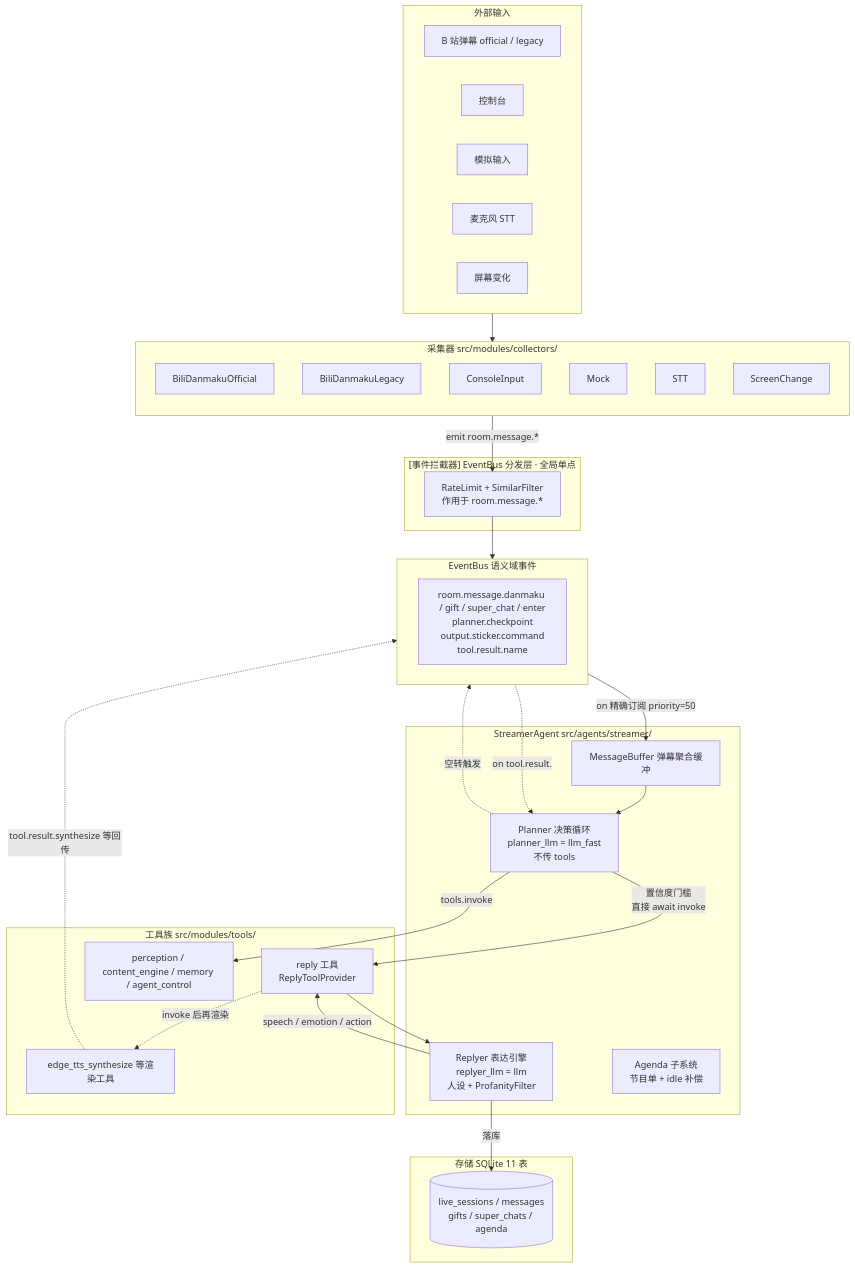
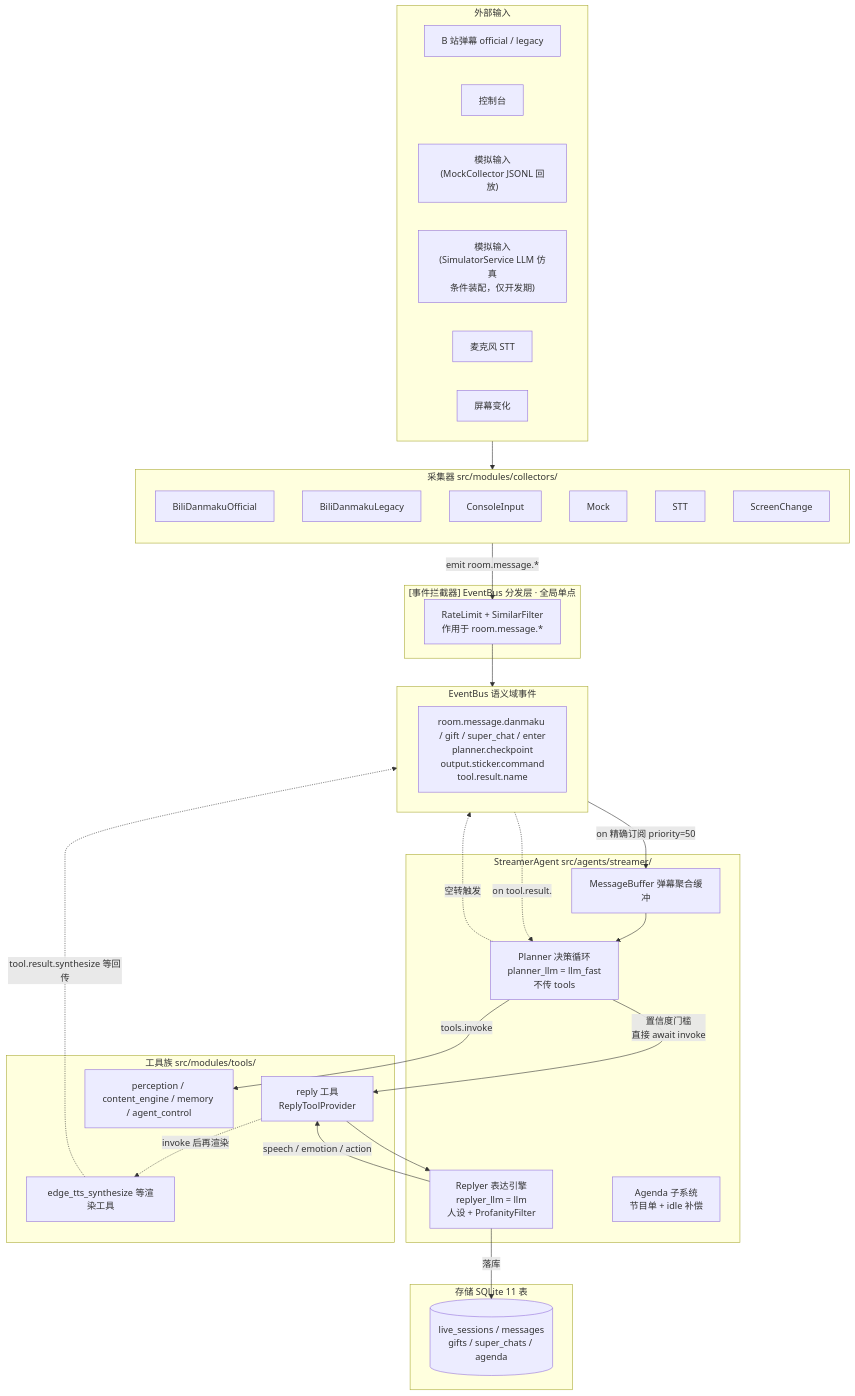
Before and after one commit to Mai-with-u/Amaidesu: the diagram in docs/architecture/data-flow.md, drawn with Mermaid. The commit also changed other lines of this file and 15 other files, not shown here.

````diff
--- a/docs/architecture/data-flow.md
+++ b/docs/architecture/data-flow.md
@@ -23,60 +23,61 @@
 ```mermaid
 flowchart TB
     subgraph Ext["外部输入"]
         Bili["B 站弹幕 official / legacy"]
         Cons["控制台"]
-        Mock["模拟输入"]
+        Mock["模拟输入<br/>(MockCollector JSONL 回放)"]
+        Sim["模拟输入<br/>(SimulatorService LLM 仿真<br/>条件装配，仅开发期)"]
         Mic["麦克风 STT"]
         Screen["屏幕变化"]
     end
 
     subgraph Collectors["采集器 src/modules/collectors/"]
         direction TB
         C1["BiliDanmakuOfficial"]
         C2["BiliDanmakuLegacy"]
         C3["ConsoleInput"]
         C4["Mock"]
         C5["STT"]
         C6["ScreenChange"]
     end
 
     subgraph Interceptors["[事件拦截器] EventBus 分发层 · 全局单点"]
         IC["RateLimit + SimilarFilter<br/>作用于 room.message.*"]
     end
 
     subgraph Bus["EventBus 语义域事件"]
         EB["room.message.danmaku / gift / super_chat / enter<br/>planner.checkpoint<br/>output.sticker.command<br/>tool.result.name"]
     end
 
     subgraph StreamerAgent["StreamerAgent src/agents/streamer/"]
         MB["MessageBuffer 弹幕聚合缓冲"]
         Planner["Planner 决策循环<br/>planner_llm = llm_fast<br/>不传 tools"]
         Reply["Replyer 表达引擎<br/>replyer_llm = llm<br/>人设 + ProfanityFilter"]
         Agenda["Agenda 子系统<br/>节目单 + idle 补偿"]
     end
 
     subgraph Tools["工具族 src/modules/tools/"]
         RT["reply 工具<br/>ReplyToolProvider"]
         TTS["edge_tts_synthesize 等渲染工具"]
         Other["perception / content_engine / memory / agent_control"]
     end
 
     subgraph Storage["存储 SQLite 11 表"]
         DB[("live_sessions / messages<br/>gifts / super_chats / agenda")]
     end
 
     Ext --> Collectors
     Collectors -->|emit room.message.*| IC
     IC --> Bus
     Bus -->|on 精确订阅 priority=50| MB
     MB --> Planner
     Planner -->|置信度门槛<br/>直接 await invoke| RT
     RT --> Reply
     Reply -->|speech / emotion / action| RT
     Reply -->|落库| DB
     Planner -.->|空转触发| Bus
     Planner -->|tools.invoke| Other
     RT -.->|invoke 后再渲染| TTS
     TTS -.->|tool.result.synthesize 等回传| Bus
     Bus -.->|on tool.result.| Planner
 ```
````
